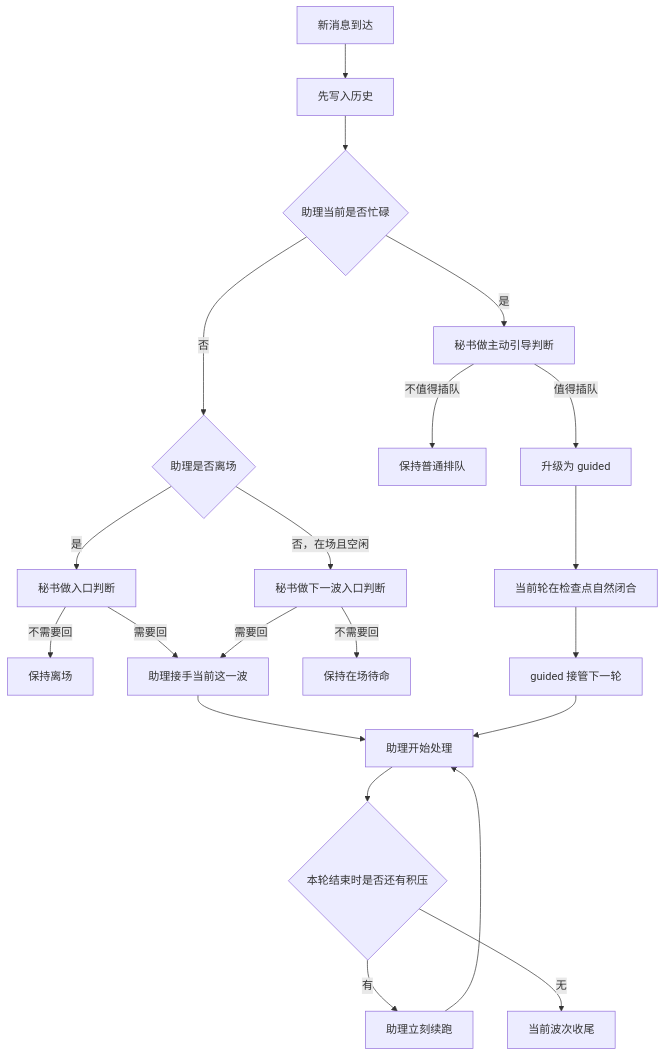
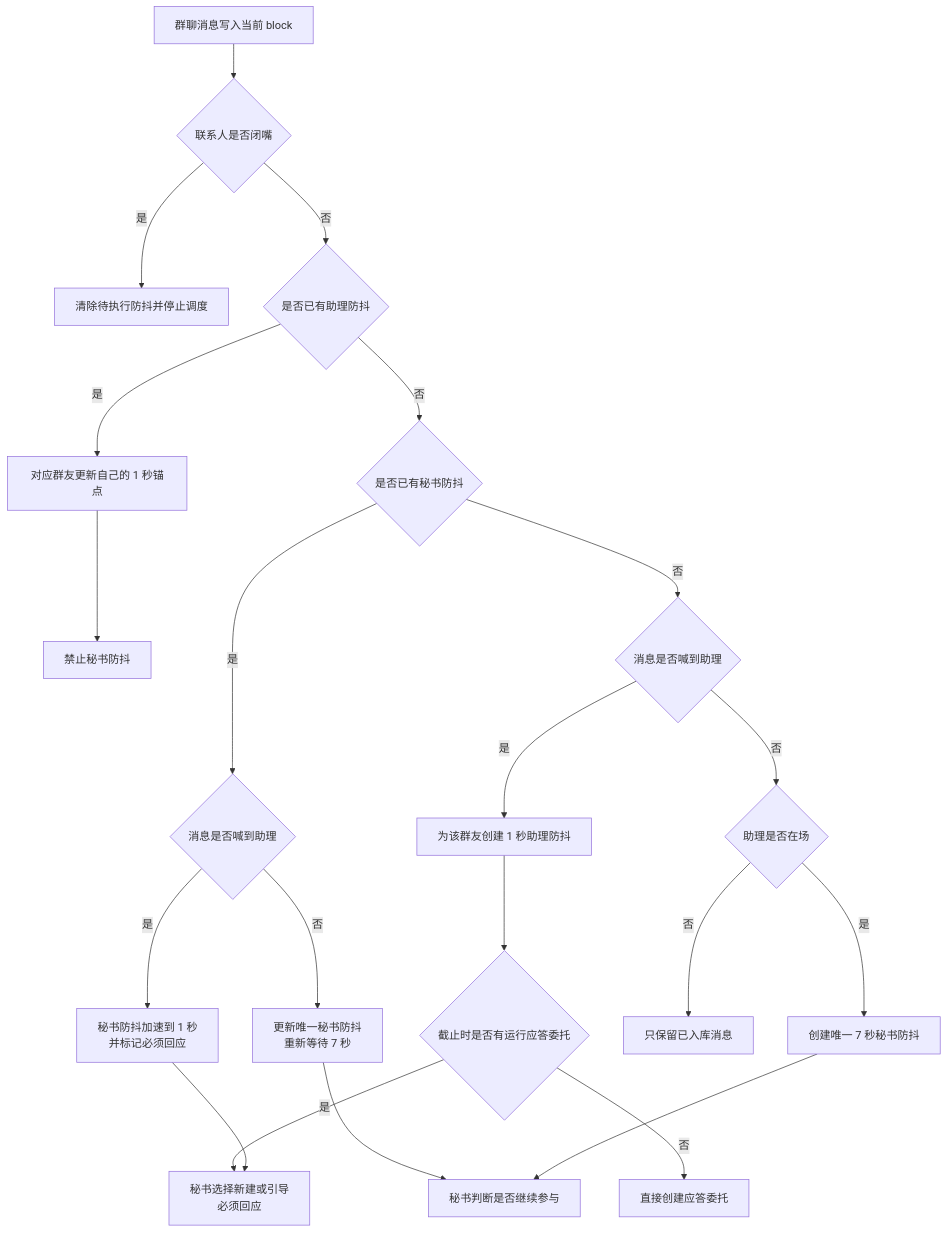
Before and after one commit to WhiteMoon319/P-ai: the second of 3 diagrams in docs/remote_im_state_machine.md, drawn with Mermaid. The commit also changed other lines of this file and 6 other files, not shown here.

````diff
--- a/docs/remote_im_state_machine.md
+++ b/docs/remote_im_state_machine.md
@@ -140,27 +336,28 @@
 ```mermaid
 flowchart TD
-  A[新消息到达] --> B[先写入历史]
-  B --> C{助理当前是否忙碌}
+  A[群聊消息写入当前 block] --> B{联系人是否闭嘴}
+  B -- 是 --> C[清除待执行防抖并停止调度]
+  B -- 否 --> D{是否已有助理防抖}
 
-  C -- 否 --> D{助理是否离场}
-  D -- 是 --> E[秘书做入口判断]
-  E -->|不需要回| F[保持离场]
-  E -->|需要回| G[助理接手当前这一波]
+  D -- 是 --> E[对应群友更新自己的 1 秒锚点]
+  E --> F[禁止秘书防抖]
 
-  D -- 否，在场且空闲 --> H[秘书做下一波入口判断]
-  H -->|不需要回| I[保持在场待命]
-  H -->|需要回| G
+  D -- 否 --> G{是否已有秘书防抖}
+  G -- 是 --> H{消息是否喊到助理}
+  H -- 是 --> I[秘书防抖加速到 1 秒\n并标记必须回应]
+  H -- 否 --> J[更新唯一秘书防抖\n重新等待 7 秒]
 
-  G --> J[助理开始处理]
-  J --> K{本轮结束时是否还有积压}
-  K -- 有 --> L[助理立刻续跑]
-  L --> J
-  K -- 无 --> M[当前波次收尾]
+  G -- 否 --> K{消息是否喊到助理}
+  K -- 是 --> L[为该群友创建 1 秒助理防抖]
+  K -- 否 --> M{助理是否在场}
+  M -- 是 --> N[创建唯一 7 秒秘书防抖]
+  M -- 否 --> O[只保留已入库消息]
 
-  C -- 是 --> N[秘书做主动引导判断]
-  N -->|不值得插队| O[保持普通排队]
-  N -->|值得插队| P[升级为 guided]
-  P --> Q[当前轮在检查点自然闭合]
-  Q --> R[guided 接管下一轮]
-  R --> J
+  L --> P{截止时是否有运行应答委托}
+  P -- 否 --> Q[直接创建应答委托]
+  P -- 是 --> R[秘书选择新建或引导\n必须回应]
+
+  I --> R
+  J --> S[秘书判断是否继续参与]
+  N --> S
 ```
````
